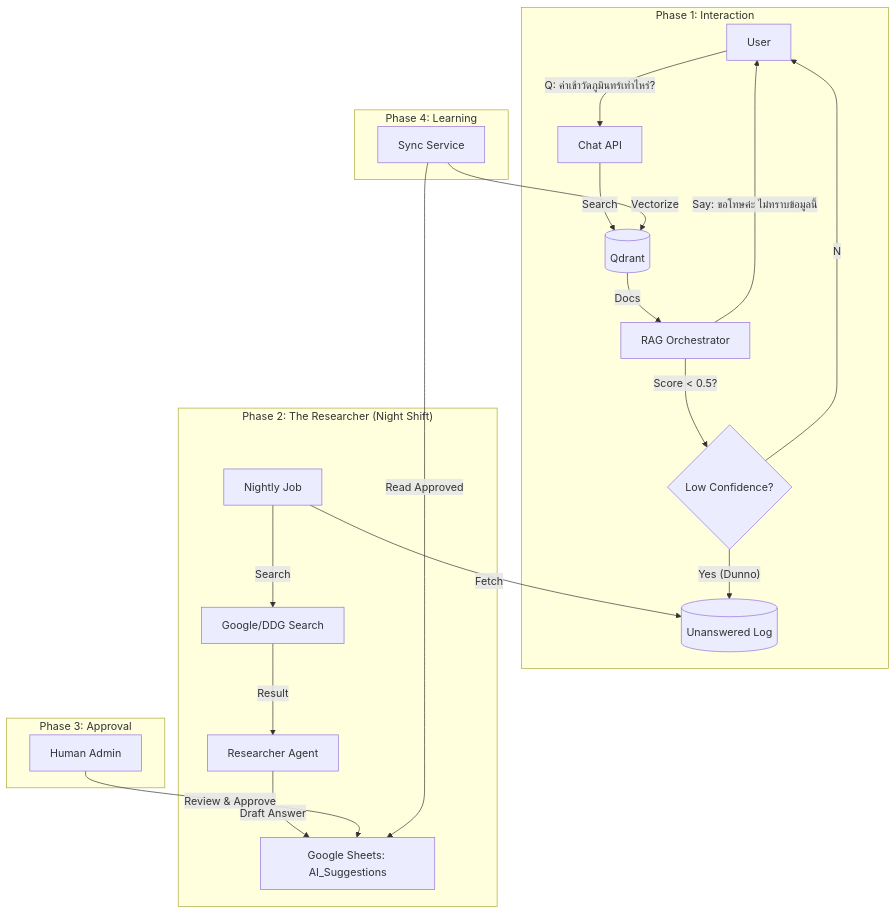
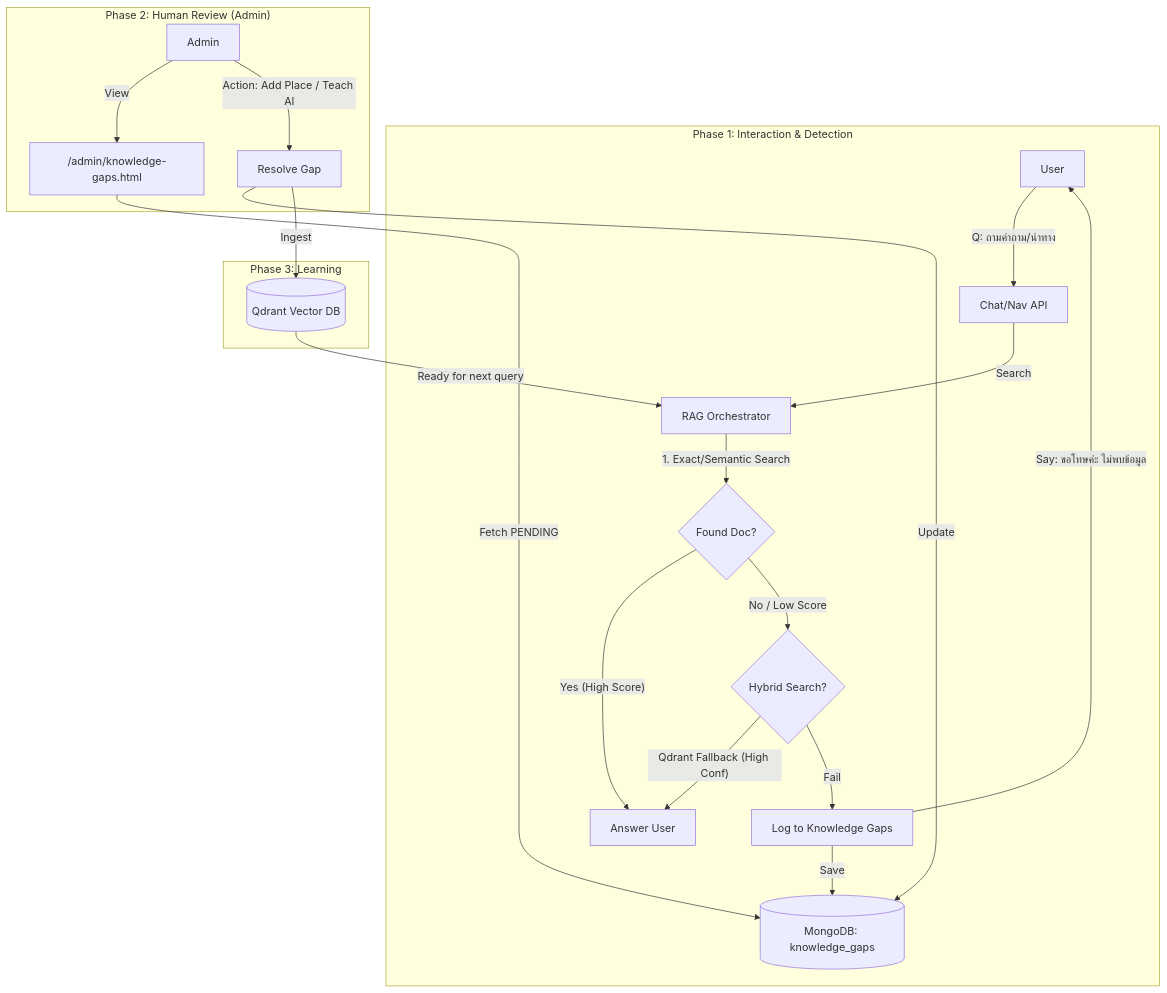
One commit to Mike0165115321/AI-Robot-Guide- changed the diagram in docs/02_แผนงานปัจจุบัน/ระบบ_Self_Correcting_RAG.md. Above: the diagram before and after it, drawn with Mermaid. The commit also changed other lines of this file and 2 other files, not shown here.

````diff
--- a/docs/02_แผนงานปัจจุบัน/ระบบ_Self_Correcting_RAG.md
+++ b/docs/02_แผนงานปัจจุบัน/ระบบ_Self_Correcting_RAG.md
@@ -19,28 +25,29 @@
 ```mermaid
 graph TD
-    subgraph "Phase 1: Interaction"
-        User["User"] -->|Q: ค่าเข้าวัดภูมินทร์เท่าไหร่?| API["Chat API"]
-        API -->|Search| Qdrant[("Qdrant")]
-        Qdrant -->|Docs| RAG["RAG Orchestrator"]
-        RAG -->|Score < 0.5?| LowConf{"Low Confidence?"}
-        LowConf --No--> User
-        LowConf --Yes (Dunno)--> DB[("Unanswered Log")]
-        RAG -->|Say: ขอโทษค่ะ ไม่ทราบข้อมูลนี้| User
+    subgraph "Phase 1: Interaction & Detection"
+        User["User"] -->|Q: ถามคำถาม/นำทาง| API["Chat/Nav API"]
+        API -->|Search| RAG["RAG Orchestrator"]
+        
+        RAG -->|1. Exact/Semantic Search| Doc{"Found Doc?"}
+        Doc --Yes (High Score)--> Answer["Answer User"]
+        Doc --No / Low Score--> Hybrid{"Hybrid Search?"}
+        
+        Hybrid --Qdrant Fallback (High Conf)--> Answer
+        Hybrid --Fail--> Gap["Log to Knowledge Gaps"]
+        
+        Gap -->|Save| DB[("MongoDB: knowledge_gaps")]
+        Gap -->|Say: ขอโทษค่ะ ไม่พบข้อมูล| User
     end
 
-    subgraph "Phase 2: The Researcher (Night Shift)"
-        Cron["Nightly Job"] -->|Fetch| DB
-        Cron -->|Search| Web["Google/DDG Search"]
-        Web -->|Result| LLM["Researcher Agent"]
-        LLM -->|Draft Answer| Sheet["Google Sheets: AI_Suggestions"]
+    subgraph "Phase 2: Human Review (Admin)"
+        Admin["Admin"] -->|View| Dashboard["/admin/knowledge-gaps.html"]
+        Dashboard -->|Fetch PENDING| DB
+        Admin -->|Action: Add Place / Teach AI| Resolve["Resolve Gap"]
     end
 
-    subgraph "Phase 3: Approval"
-        Admin["Human Admin"] -->|Review & Approve| Sheet
-    end
-
-    subgraph "Phase 4: Learning"
-        Sync["Sync Service"] -->|Read Approved| Sheet
-        Sync -->|Vectorize| Qdrant
+    subgraph "Phase 3: Learning"
+        Resolve -->|Update| DB
+        Resolve -->|Ingest| Qdrant[("Qdrant Vector DB")]
+        Qdrant -->|Ready for next query| RAG
     end
 ```
````
